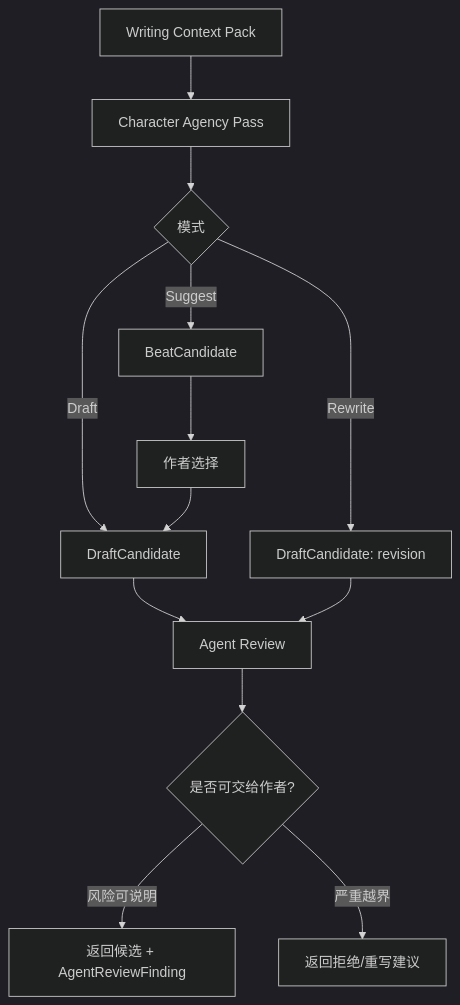
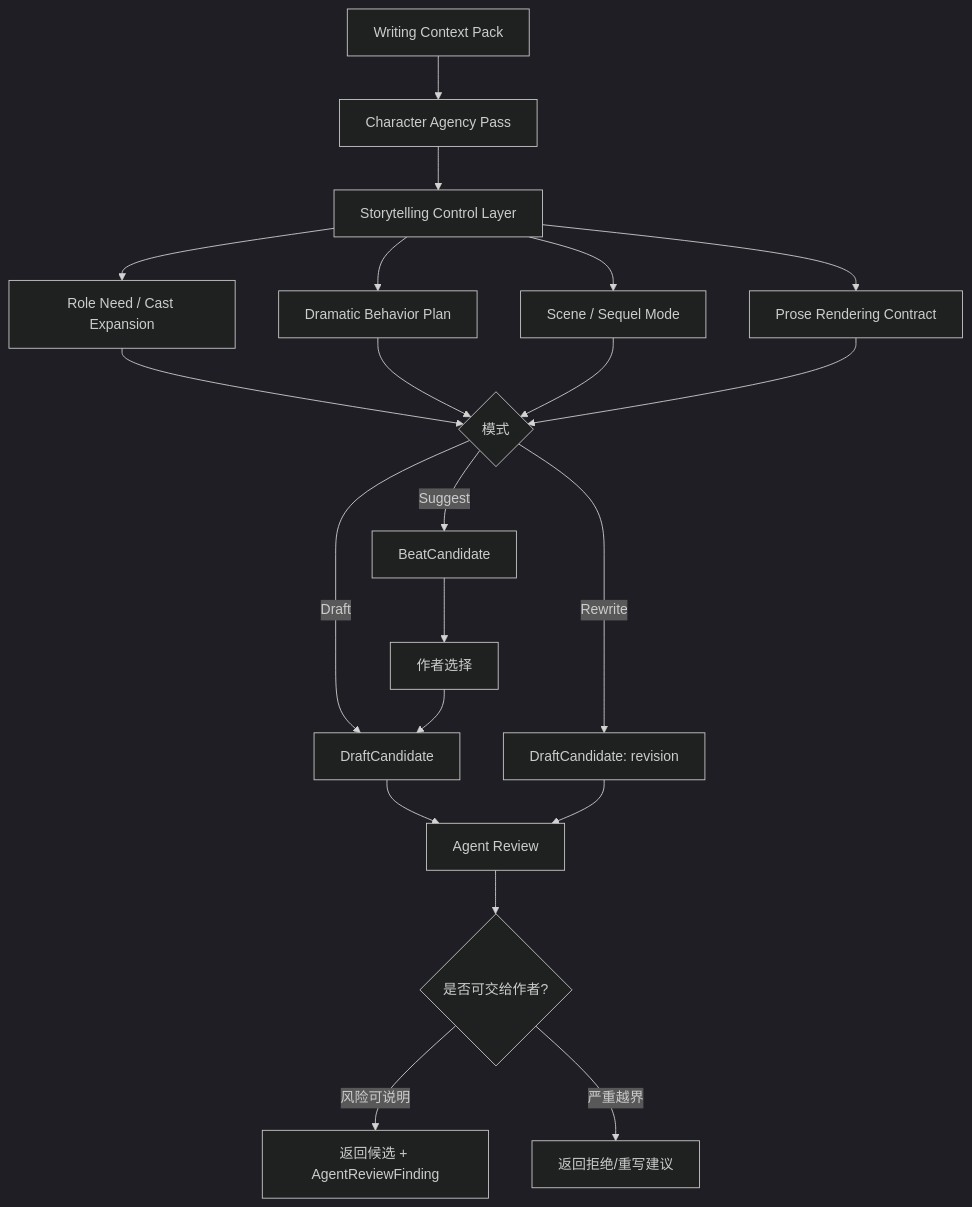
The third of 3 diagrams in goals/23-next-page-agent.md (FrankQDWang/sextantlabs), drawn with Mermaid (dark theme) before and after one commit. The commit also changed other lines of this file and 13 other files, not shown here.

First line of the commit message:
设计 Storytelling Control Layer：角色扩展与戏剧化转译

````diff
--- a/goals/23-next-page-agent.md
+++ b/goals/23-next-page-agent.md
@@ -117,15 +129,23 @@
 ```mermaid
 flowchart TD
     A[Writing Context Pack] --> B[Character Agency Pass]
-    B --> C{模式}
-    C -->|Suggest| D[BeatCandidate]
-    C -->|Draft| E[DraftCandidate]
-    C -->|Rewrite| F[DraftCandidate: revision]
-    D --> G[作者选择]
-    G --> E
-    E --> H[Agent Review]
+    B --> C[Storytelling Control Layer]
+    C --> D[Role Need / Cast Expansion]
+    C --> E[Dramatic Behavior Plan]
+    C --> F[Scene / Sequel Mode]
+    C --> G[Prose Rendering Contract]
+    D --> H{模式}
+    E --> H
     F --> H
-    H --> I{是否可交给作者?}
-    I -->|风险可说明| J[返回候选 + AgentReviewFinding]
-    I -->|严重越界| K[返回拒绝/重写建议]
+    G --> H
+    H -->|Suggest| I[BeatCandidate]
+    H -->|Draft| J[DraftCandidate]
+    H -->|Rewrite| K[DraftCandidate: revision]
+    I --> L[作者选择]
+    L --> J
+    J --> M[Agent Review]
+    K --> M
+    M --> N{是否可交给作者?}
+    N -->|风险可说明| O[返回候选 + AgentReviewFinding]
+    N -->|严重越界| P[返回拒绝/重写建议]
 ```
````
